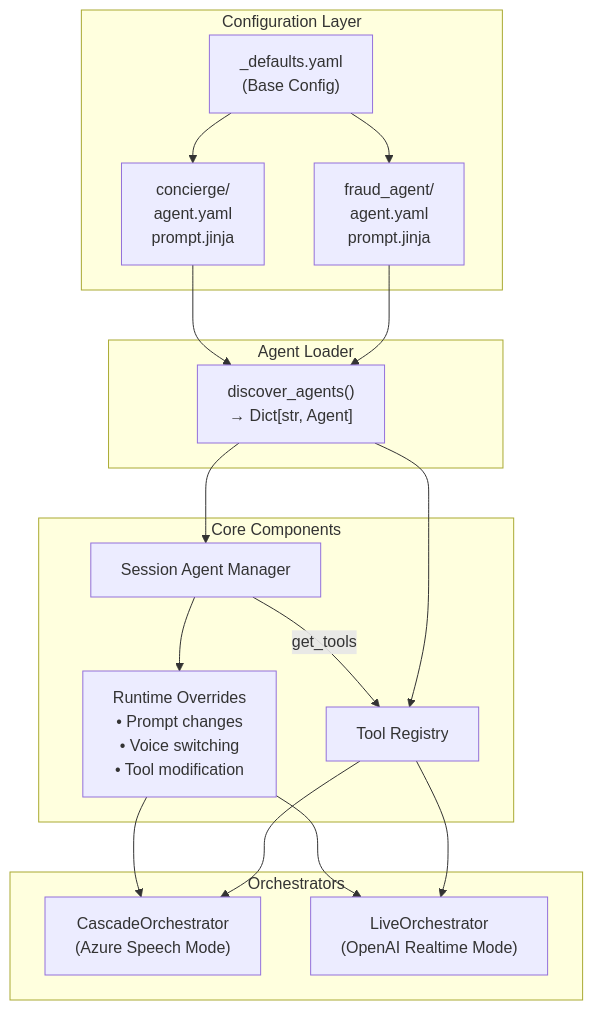
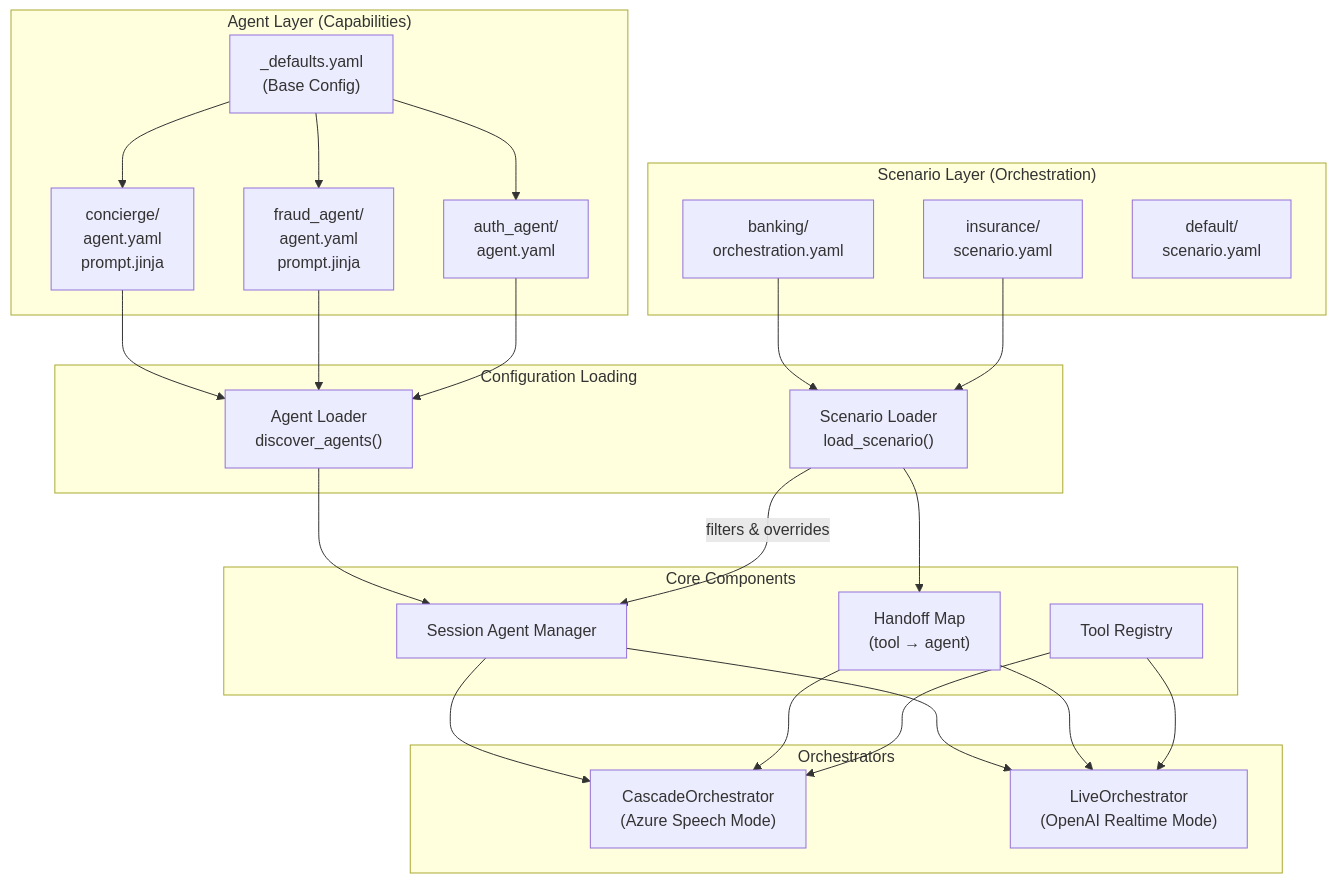
One commit to AIappsGBBFactory/art-voice-agent-accelerator changed the first of 2 diagrams in docs/architecture/agents/README.md. Above: the diagram before and after it, drawn with Mermaid. The commit also changed other lines of this file and 9 other files, not shown here.

First line of the commit message:
Add Insurance Voice Agent Scenario documentation and update navigation

````diff
--- a/docs/architecture/agents/README.md
+++ b/docs/architecture/agents/README.md
@@ -32,36 +43,51 @@
 ```mermaid
 flowchart TB
-    subgraph Config["Configuration Layer"]
+    subgraph Scenarios["Scenario Layer (Orchestration)"]
+        banking["banking/<br/>orchestration.yaml"]
+        insurance["insurance/<br/>scenario.yaml"]
+        default["default/<br/>scenario.yaml"]
+    end
+
+    subgraph Agents["Agent Layer (Capabilities)"]
         defaults["_defaults.yaml<br/>(Base Config)"]
         concierge["concierge/<br/>agent.yaml<br/>prompt.jinja"]
         fraud["fraud_agent/<br/>agent.yaml<br/>prompt.jinja"]
+        auth["auth_agent/<br/>agent.yaml"]
         defaults --> concierge
         defaults --> fraud
+        defaults --> auth
     end
 
-    subgraph Loader["Agent Loader"]
-        discover["discover_agents()<br/>→ Dict[str, Agent]"]
+    subgraph Loader["Configuration Loading"]
+        agentLoader["Agent Loader<br/>discover_agents()"]
+        scenarioLoader["Scenario Loader<br/>load_scenario()"]
     end
 
     subgraph Components["Core Components"]
         registry["Tool Registry"]
         session["Session Agent Manager"]
-        overrides["Runtime Overrides<br/>• Prompt changes<br/>• Voice switching<br/>• Tool modification"]
-        session -->|get_tools| registry
-        session --> overrides
+        handoffMap["Handoff Map<br/>(tool → agent)"]
     end
 
     subgraph Orchestrators["Orchestrators"]
         cascade["CascadeOrchestrator<br/>(Azure Speech Mode)"]
         live["LiveOrchestrator<br/>(OpenAI Realtime Mode)"]
     end
 
-    concierge --> discover
-    fraud --> discover
-    discover --> session
-    discover --> registry
-    overrides --> cascade
-    overrides --> live
+    concierge --> agentLoader
+    fraud --> agentLoader
+    auth --> agentLoader
+    banking --> scenarioLoader
+    insurance --> scenarioLoader
+    
+    agentLoader --> session
+    scenarioLoader --> handoffMap
+    scenarioLoader -->|"filters & overrides"| session
+    
+    session --> cascade
+    session --> live
+    handoffMap --> cascade
+    handoffMap --> live
     registry --> cascade
     registry --> live
 ```
````
